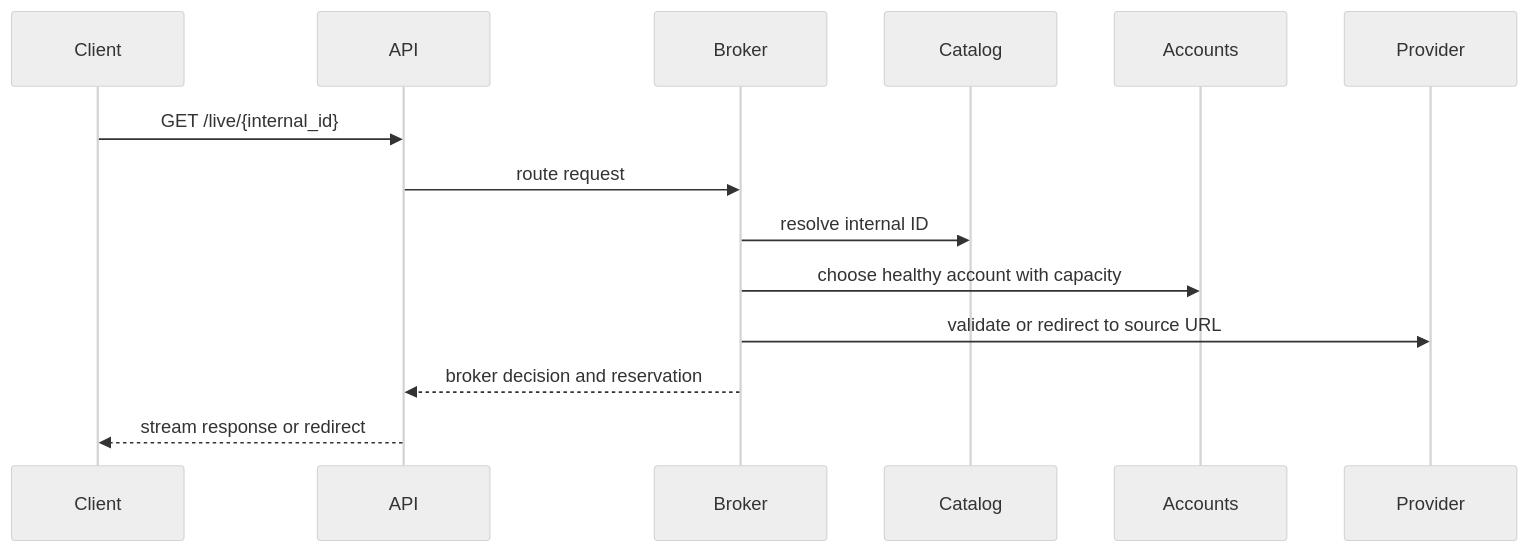
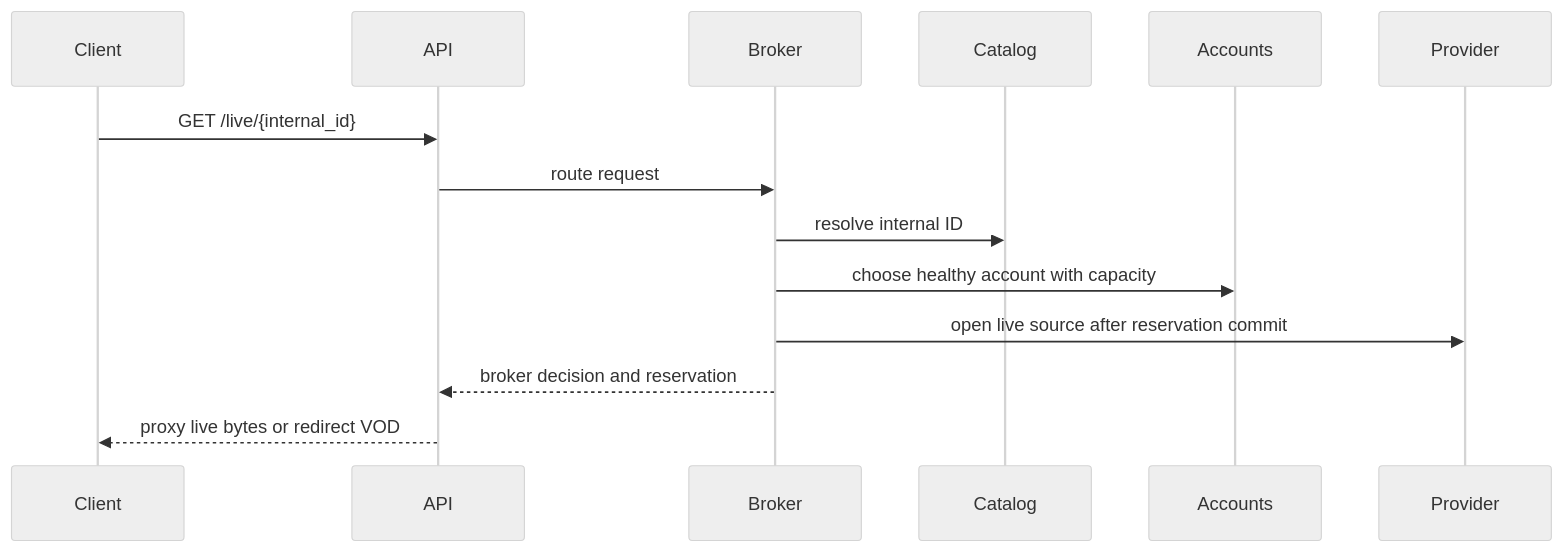
Before and after one commit to drumdandrum/MediaRouter: the second of 3 diagrams in docs/Architecture.md, drawn with Mermaid (neutral theme). The commit also changed other lines of this file and 12 other files, not shown here.

Commit message:
Add reservation-aware live streaming gateway

````diff
--- a/docs/Architecture.md
+++ b/docs/Architecture.md
@@ -92,17 +92,17 @@
 ```mermaid
 sequenceDiagram
   participant Client
   participant API
   participant Broker
   participant Catalog
   participant Accounts
   participant Provider
 
   Client->>API: GET /live/{internal_id}
   API->>Broker: route request
   Broker->>Catalog: resolve internal ID
   Broker->>Accounts: choose healthy account with capacity
-  Broker->>Provider: validate or redirect to source URL
+  Broker->>Provider: open live source after reservation commit
   Broker-->>API: broker decision and reservation
-  API-->>Client: stream response or redirect
+  API-->>Client: proxy live bytes or redirect VOD
 ```
````
